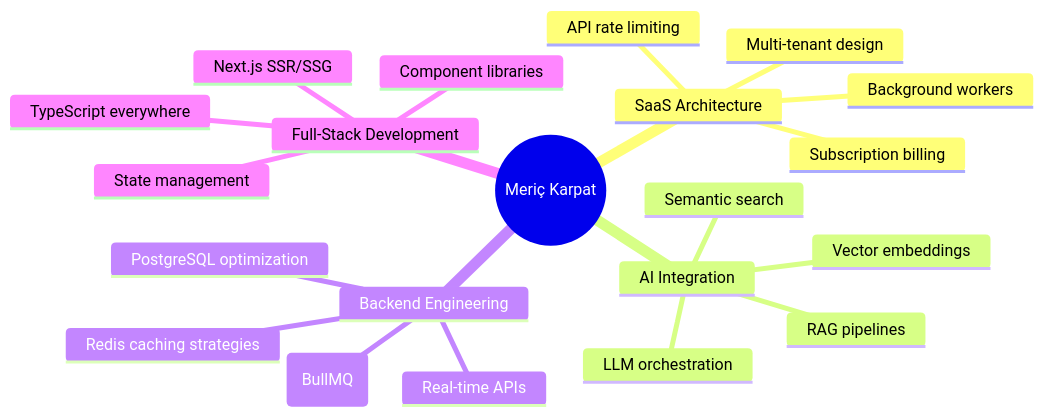
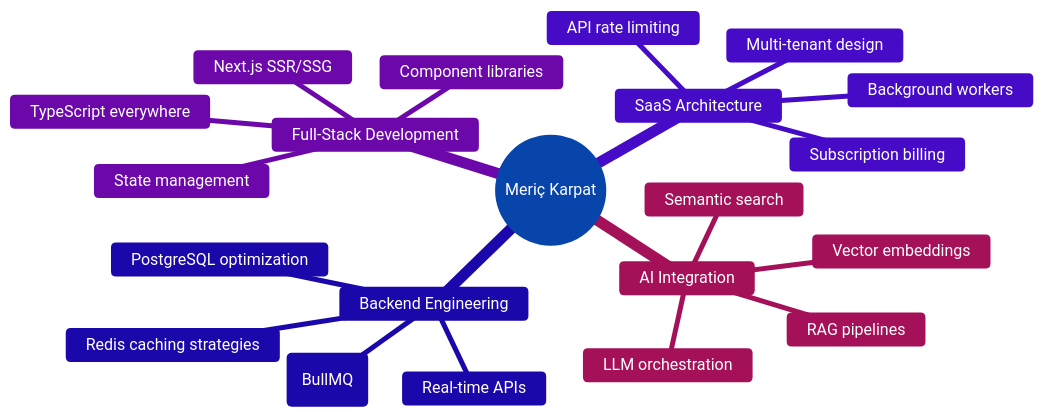
The diagram in README.md (merickarpat/meric.karpat), drawn with Mermaid before and after one commit. The commit also changed other lines of this file, not shown here.

````diff
--- a/README.md
+++ b/README.md
@@ -113,24 +113,25 @@
 ```mermaid
+%%{init: {'theme':'base', 'themeVariables': { 'primaryColor':'#3b82f6','primaryTextColor':'#fff','primaryBorderColor':'#1e40af','lineColor':'#60a5fa','secondaryColor':'#8b5cf6','tertiaryColor':'#ec4899','background':'#1a1b27','mainBkg':'#3b82f6','secondBkg':'#8b5cf6','tertiaryBkg':'#ec4899'}}}%%
 mindmap
   root((Meriç Karpat))
     SaaS Architecture
       Multi-tenant design
       Subscription billing
       API rate limiting
       Background workers
     AI Integration
       RAG pipelines
       Vector embeddings
       LLM orchestration
       Semantic search
     Backend Engineering
       PostgreSQL optimization
       Redis caching strategies
       Job queues (BullMQ)
       Real-time APIs
     Full-Stack Development
       Next.js SSR/SSG
       TypeScript everywhere
       Component libraries
       State management
 ```
````
